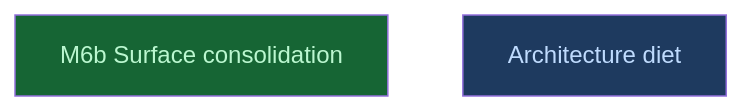
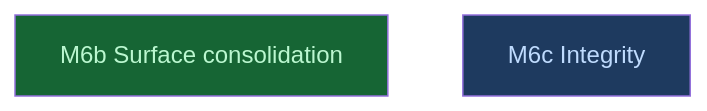
Before and after one commit to CrackingShells/Candler: the diagram in __roadmap__/candler-v1/contracts/parity/alignment/surfaces/isolation/m5b/stats/surface/README.md, drawn with Mermaid. The commit also changed other lines of this file and 12 other files, not shown here.

````diff
--- a/__roadmap__/candler-v1/contracts/parity/alignment/surfaces/isolation/m5b/stats/surface/README.md
+++ b/__roadmap__/candler-v1/contracts/parity/alignment/surfaces/isolation/m5b/stats/surface/README.md
@@ -16,10 +16,10 @@
 ```mermaid
 graph TD
     m6b_surface_consolidation[M6b Surface consolidation]:::done
-    diet[Architecture diet]:::amendment
+    integrity[M6c Integrity]:::amendment
     classDef done       fill:#166534,color:#bbf7d0
     classDef inprogress fill:#854d0e,color:#fef08a
     classDef planned    fill:#374151,color:#e5e7eb
     classDef amendment  fill:#1e3a5f,color:#bfdbfe
     classDef blocked    fill:#7f1d1d,color:#fecaca
 ```
````
